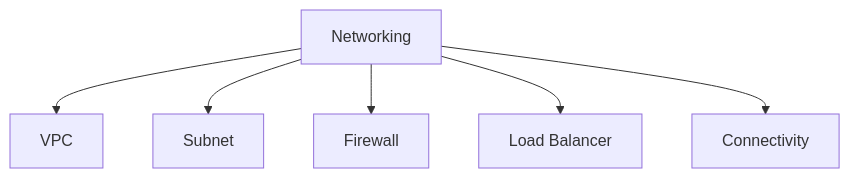
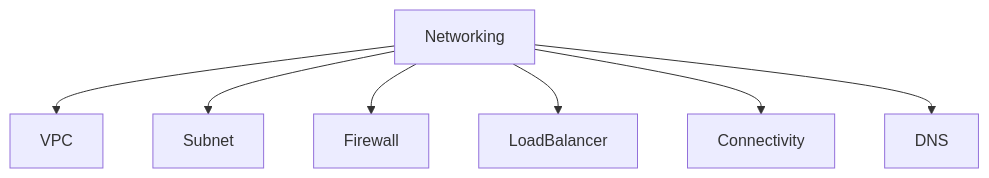
Before and after one commit to conti0513/development_public: the first of 10 diagrams in 06_LAB/01_GCP_ACE_HACK/sessions_ver262/02_network.md, drawn with Mermaid. The commit also changed other lines of this file and 22 other files, not shown here.

````diff
--- a/06_LAB/01_GCP_ACE_HACK/sessions_ver262/02_network.md
+++ b/06_LAB/01_GCP_ACE_HACK/sessions_ver262/02_network.md
@@ -5,8 +5,9 @@
 ```mermaid
 graph TD
-A[Networking] --> B[VPC]
-A --> C[Subnet]
-A --> D[Firewall]
-A --> E[Load Balancer]
-A --> F[Connectivity]
+Networking --> VPC
+Networking --> Subnet
+Networking --> Firewall
+Networking --> LoadBalancer
+Networking --> Connectivity
+Networking --> DNS
 ```
````
